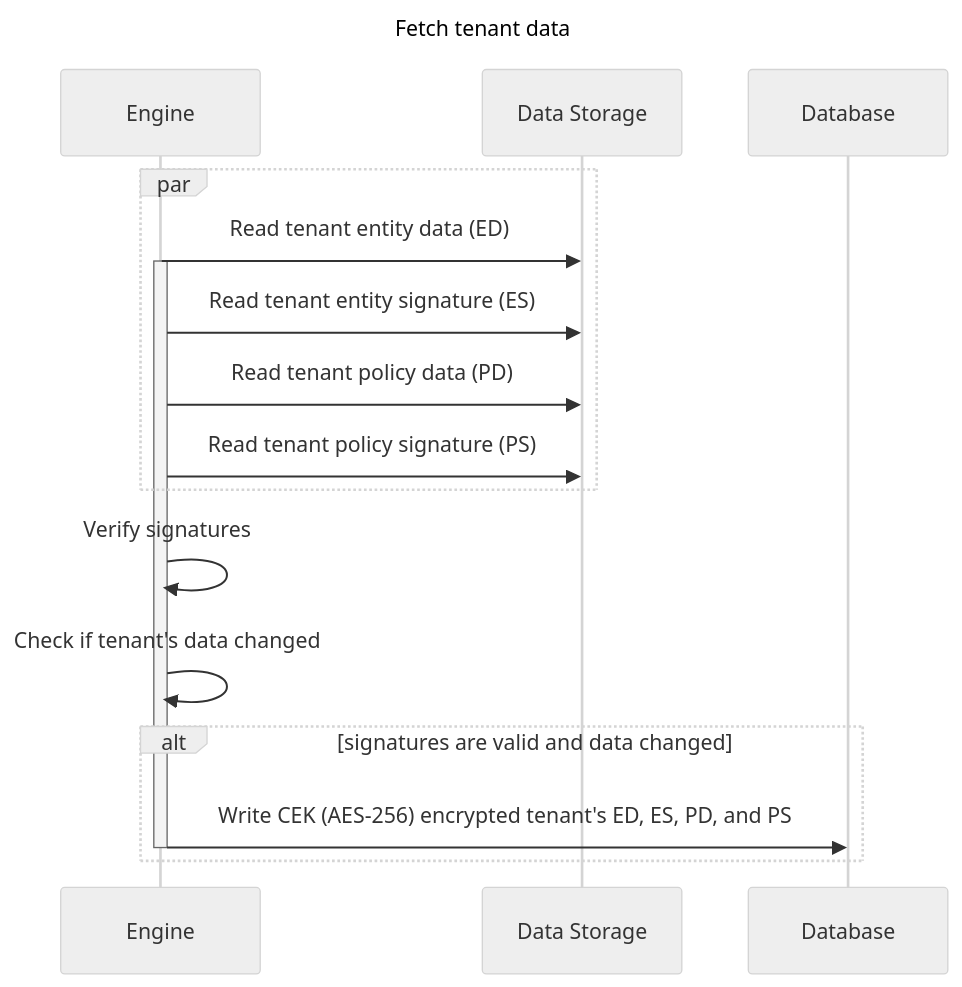
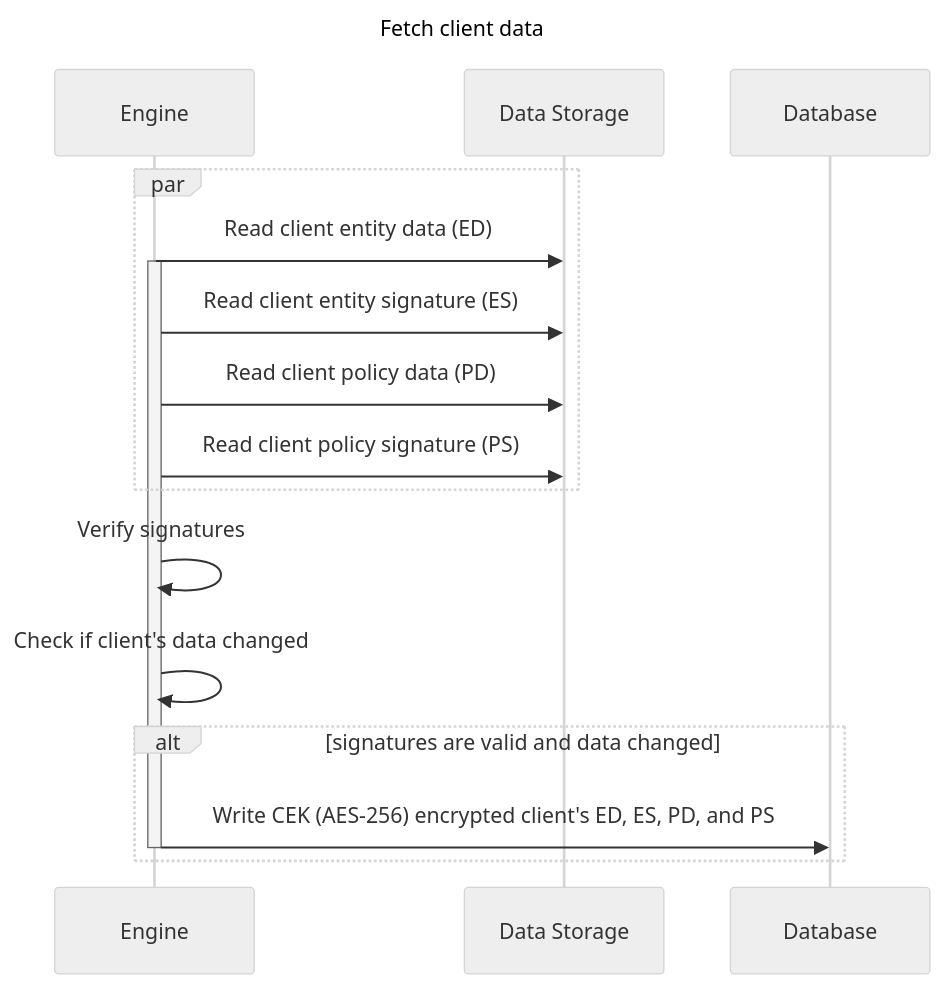
Before and after one commit to narval-xyz/armory: the second of 5 diagrams in apps/docs/docs/contributing/policy-engine-setup.md, drawn with Mermaid (neutral theme). The commit also changed other lines of this file and 20 other files, not shown here.

Commit message:
Rename tenant to client in the policy engine

````diff
--- a/apps/docs/docs/contributing/policy-engine-setup.md
+++ b/apps/docs/docs/contributing/policy-engine-setup.md
@@ -55,22 +55,22 @@
 ```mermaid
 sequenceDiagram
-  title Fetch tenant data
+  title Fetch client data
 
   participant Engine
   participant DS as Data Storage
   participant DB as Database
 
   par
-    Engine ->> DS: Read tenant entity data (ED)
+    Engine ->> DS: Read client entity data (ED)
     activate Engine
-    Engine ->> DS: Read tenant entity signature (ES)
-    Engine ->> DS: Read tenant policy data (PD)
-    Engine ->> DS: Read tenant policy signature (PS)
+    Engine ->> DS: Read client entity signature (ES)
+    Engine ->> DS: Read client policy data (PD)
+    Engine ->> DS: Read client policy signature (PS)
   end
   Engine ->> Engine: Verify signatures
-  Engine ->> Engine: Check if tenant's data changed
+  Engine ->> Engine: Check if client's data changed
   alt signatures are valid and data changed
-    Engine ->> DB: Write CEK (AES-256) encrypted tenant's ED, ES, PD, and PS
+    Engine ->> DB: Write CEK (AES-256) encrypted client's ED, ES, PD, and PS
     deactivate Engine
   end
 ```
````
